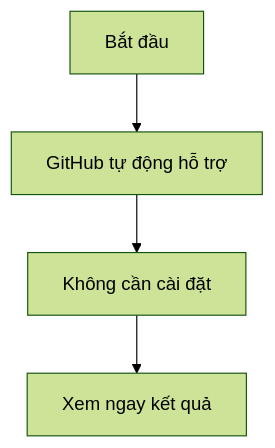
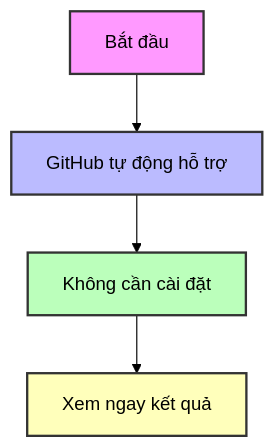
Before and after one commit to hvbt508/hoc-mermaid: the diagram in README.md, drawn with Mermaid (forest theme).

````diff
--- a/README.md
+++ b/README.md
@@ -3,6 +3,12 @@
 ```mermaid
 graph TD
 A[Bắt đầu] --> B[GitHub tự động hỗ trợ]
 B --> C[Không cần cài đặt]
 C --> D[Xem ngay kết quả]
+    style A fill:#f9f,stroke:#333,stroke-width:2px
+    style B fill:#bbf,stroke:#333,stroke-width:2px
+    style C fill:#bfb,stroke:#333,stroke-width:2px
+    style D fill:#ffb,stroke:#333,stroke-width:2px
+
+
 ```
````
